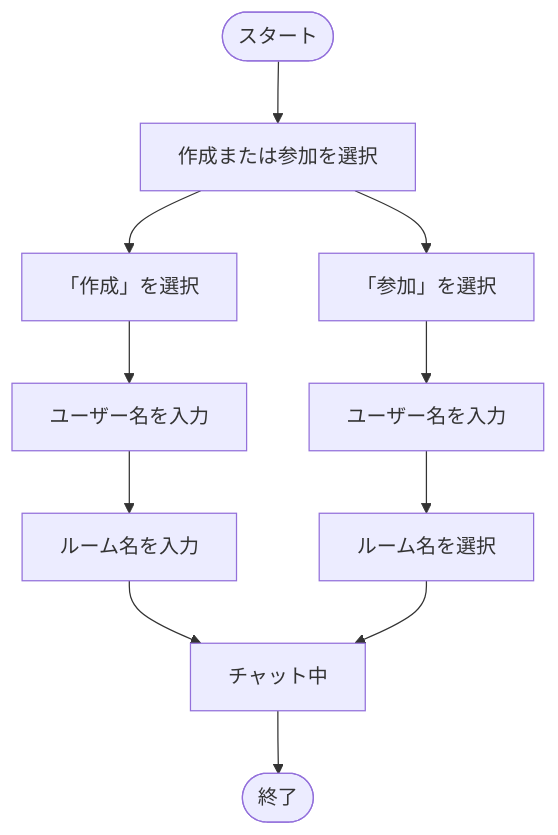
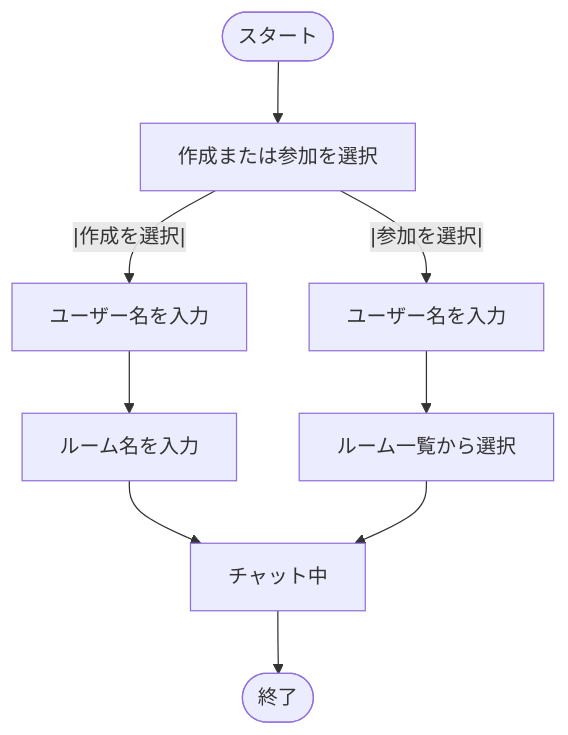
The first of 5 diagrams in README.md (BackendExplorer/Online-Chat-Service), drawn with Mermaid before and after one commit.

````diff
--- a/README.md
+++ b/README.md
@@ -1,26 +1,19 @@
 ```mermaid
 flowchart TD
     Start([スタート])
     選択[作成または参加を選択]
 
-    作成1[「作成」を選択]
     入力作成[ユーザー名を入力]
     ルーム名入力[ルーム名を入力]
 
-    参加2[「参加」を選択]
     入力参加[ユーザー名を入力]
-    ルーム一覧[ルーム名を選択]
+    ルーム一覧[ルーム一覧から選択]
 
     チャット中[チャット中]
     End([終了])
 
-    %% フロー
     Start --> 選択
-
-    選択 --> 作成1 --> 入力作成 --> ルーム名入力 --> チャット中
-    選択 --> 参加2 --> 入力参加 --> ルーム一覧 --> チャット中
-
+    選択 --|作成を選択|--> 入力作成 --> ルーム名入力 --> チャット中
+    選択 --|参加を選択|--> 入力参加 --> ルーム一覧 --> チャット中
     チャット中 --> End
-
-
 ```
````
